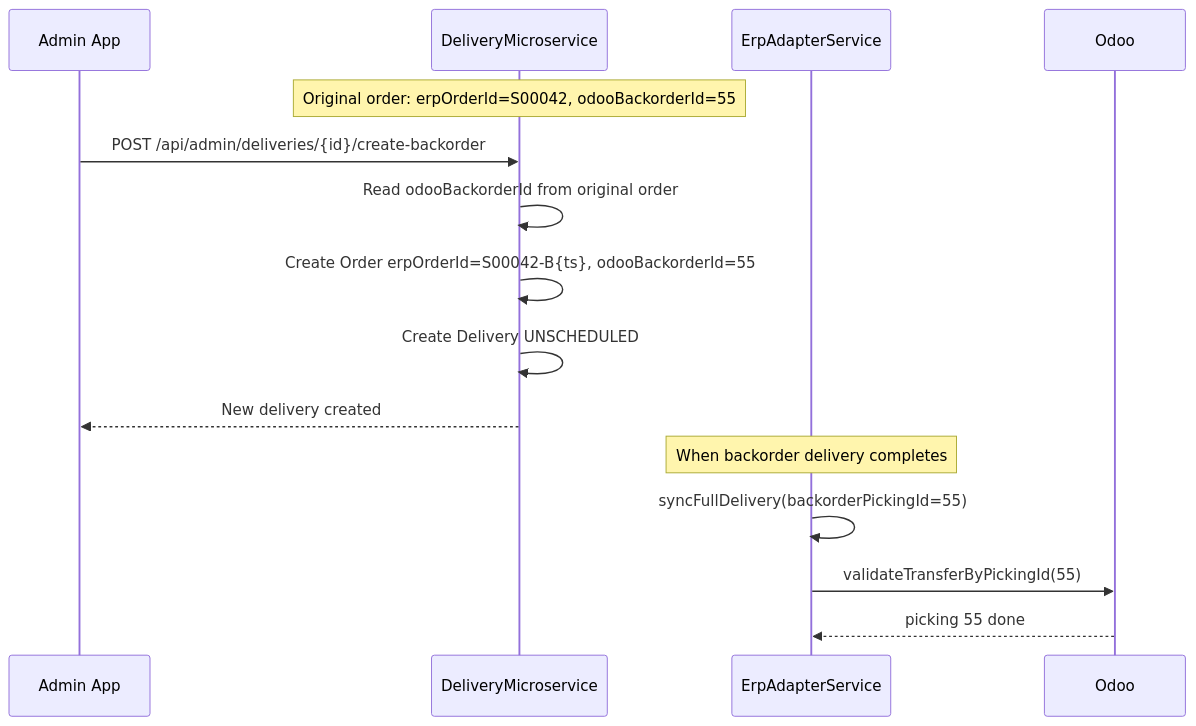
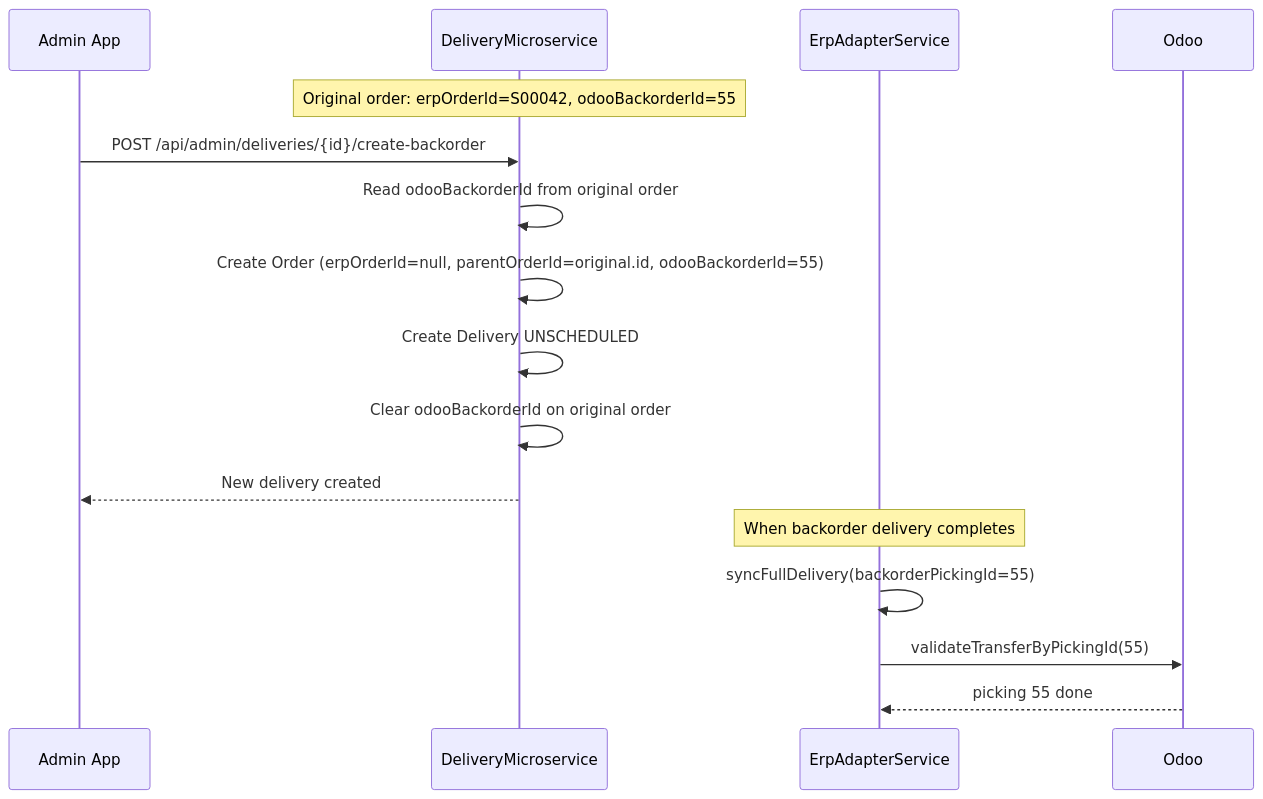
The third of 3 diagrams in docs/04-delivery-lifecycle.md (Moaziz667/asm-track), drawn with Mermaid before and after one commit. The commit also changed other lines of this file and 27 other files, not shown here.

````diff
--- a/docs/04-delivery-lifecycle.md
+++ b/docs/04-delivery-lifecycle.md
@@ -165,20 +171,21 @@
 ```mermaid
 sequenceDiagram
     participant A as Admin App
     participant DL as DeliveryMicroservice
     participant EA as ErpAdapterService
     participant OD as Odoo
 
     Note over DL: Original order: erpOrderId=S00042, odooBackorderId=55
 
     A->>DL: POST /api/admin/deliveries/{id}/create-backorder
     DL->>DL: Read odooBackorderId from original order
-    DL->>DL: Create Order erpOrderId=S00042-B{ts}, odooBackorderId=55
+    DL->>DL: Create Order (erpOrderId=null, parentOrderId=original.id, odooBackorderId=55)
     DL->>DL: Create Delivery UNSCHEDULED
+    DL->>DL: Clear odooBackorderId on original order
     DL-->>A: New delivery created
 
     Note over EA: When backorder delivery completes
     EA->>EA: syncFullDelivery(backorderPickingId=55)
     EA->>OD: validateTransferByPickingId(55)
     OD-->>EA: picking 55 done
 ```
````
